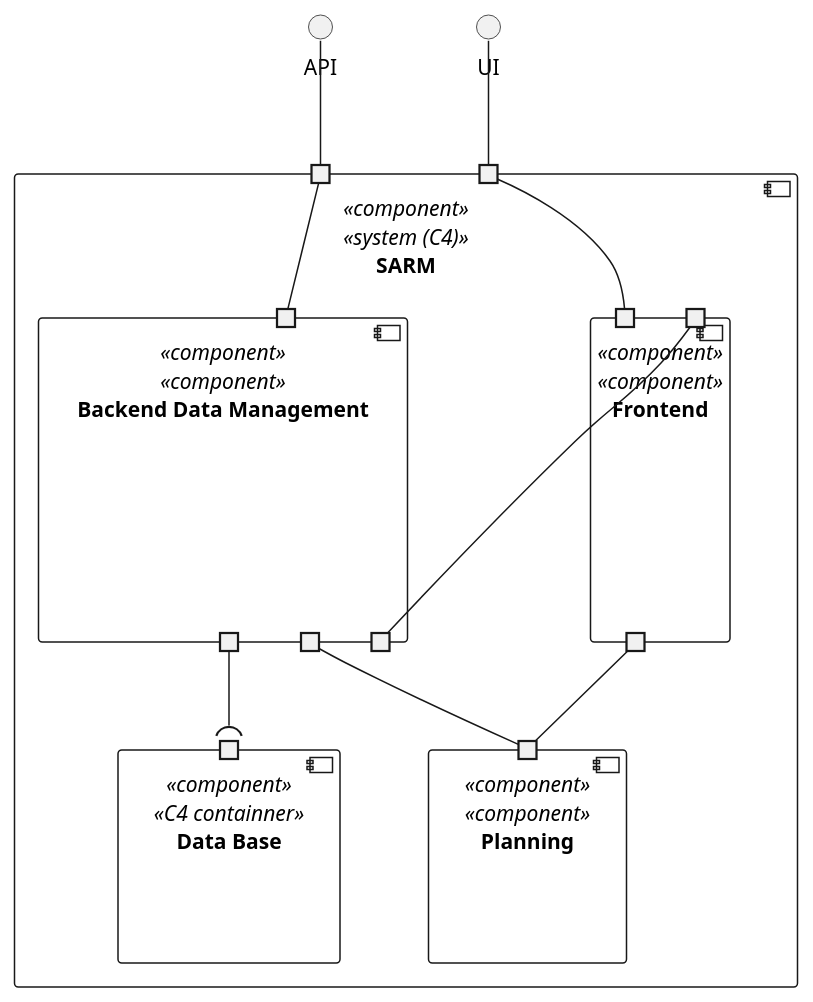
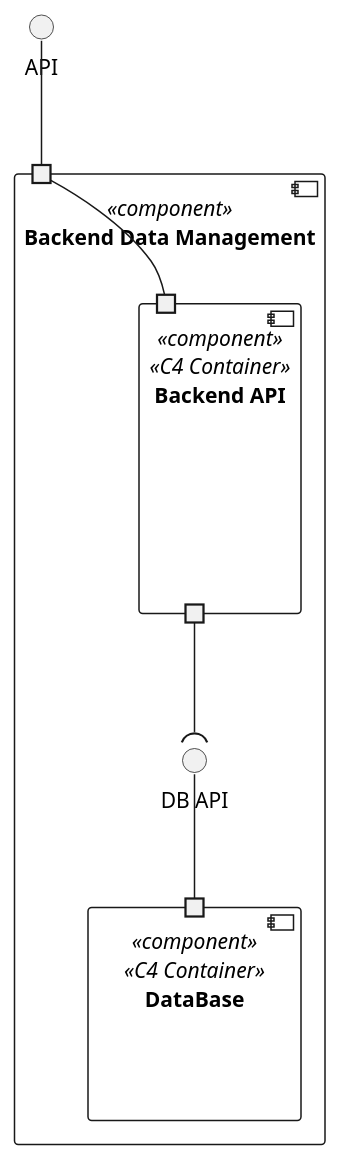
One commit to 1220846/sem5pi-24-25-3ddg20 changed the diagram in docs/views/level3/logic-view.puml. Above: the diagram before and after it, drawn with PlantUML. The commit also changed 3 other files, not shown here.

```diff
--- a/docs/views/level3/logic-view.puml
+++ b/docs/views/level3/logic-view.puml
@@ -1,41 +1,26 @@
-@startuml vista-logica
+@startuml logic-view
 top to bottom direction
 
-interface "UI" as UI
 interface "API" as API
 
-component "SARM" <<component>> <<system (C4)>> {
-    portin " " as SARMPI2
-    portin " " as SARMPI
+component "Backend Data Management" <<component>>{
+    () "DB API" as DBAPI
+    portin " " as PI
 
-    component "Backend Data Management" <<component>> <<component>>{
-        portin " " as BackendPI
-        portout " " as BackendPO
-        portout " " as BackendPO2
-        portout " " as BackendPO3
+    component "Backend API" <<component>> <<C4 Container>>{
+        portin " " as BEPI
+        portout " " as BEPO
     }
 
-    component "Frontend" <<component>> <<component>>{
-        portin " " as FrontendPI
-        portout " " as FrontendPO
-        portin " " as FrontendPI2
+    component "DataBase" <<component>> <<C4 Container>>{
+        portin " " as DBPI
     }
-
-    component "Planning" <<component>> <<component>>{
-        portin " " as PlanningPI
-    }
-
-    component "Data Base" <<component>> <<C4 containner>>{
-        portin " " as DataBasePI
-    }
+     
 }
 
-UI -- SARMPI
-API -- SARMPI2
-SARMPI -- FrontendPI
-SARMPI2 -- BackendPI
-PlanningPI -u- BackendPO
-PlanningPI -u- FrontendPO
-FrontendPI2 --- BackendPO2
-DataBasePI )-u- BackendPO3
+API -- PI
+PI -- BEPI 
+BEPO --( DBAPI
+DBPI -U- DBAPI
+
 @enduml
```
